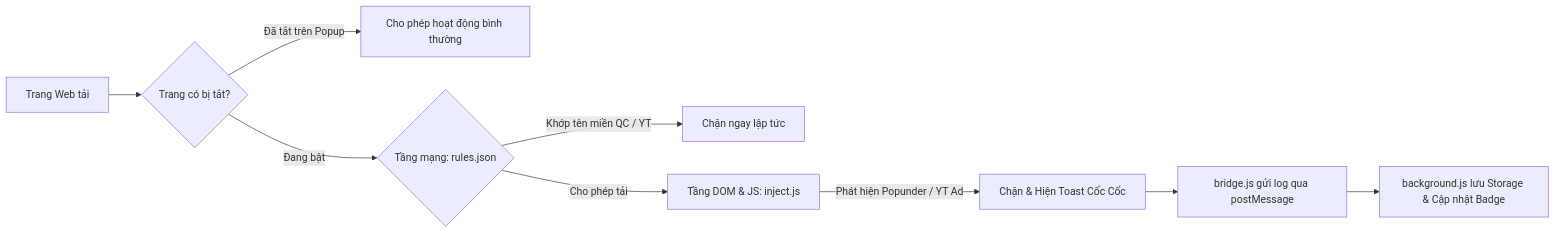
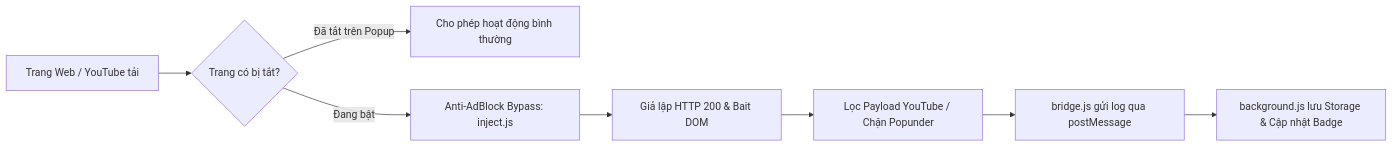
The diagram in README.md (xTer-Inc/AdBlocker), drawn with Mermaid before and after one commit. The commit also changed other lines of this file, not shown here.

````diff
--- a/README.md
+++ b/README.md
@@ -67,11 +69,10 @@
 ```mermaid
 graph LR
-    A[Trang Web tải] --> B{Trang có bị tắt?}
+    A[Trang Web / YouTube tải] --> B{Trang có bị tắt?}
     B -- Đã tắt trên Popup --> C[Cho phép hoạt động bình thường]
-    B -- Đang bật --> D{Tầng mạng: rules.json}
-    D -- Khớp tên miền QC / YT --> E[Chặn ngay lập tức]
-    D -- Cho phép tải --> F[Tầng DOM & JS: inject.js]
-    F -- Phát hiện Popunder / YT Ad --> G[Chặn & Hiện Toast Cốc Cốc]
-    G --> H[bridge.js gửi log qua postMessage]
-    H --> I[background.js lưu Storage & Cập nhật Badge]
+    B -- Đang bật --> D[Anti-AdBlock Bypass: inject.js]
+    D --> E[Giả lập HTTP 200 & Bait DOM]
+    E --> F[Lọc Payload YouTube / Chặn Popunder]
+    F --> G[bridge.js gửi log qua postMessage]
+    G --> H[background.js lưu Storage & Cập nhật Badge]
 ```
````
